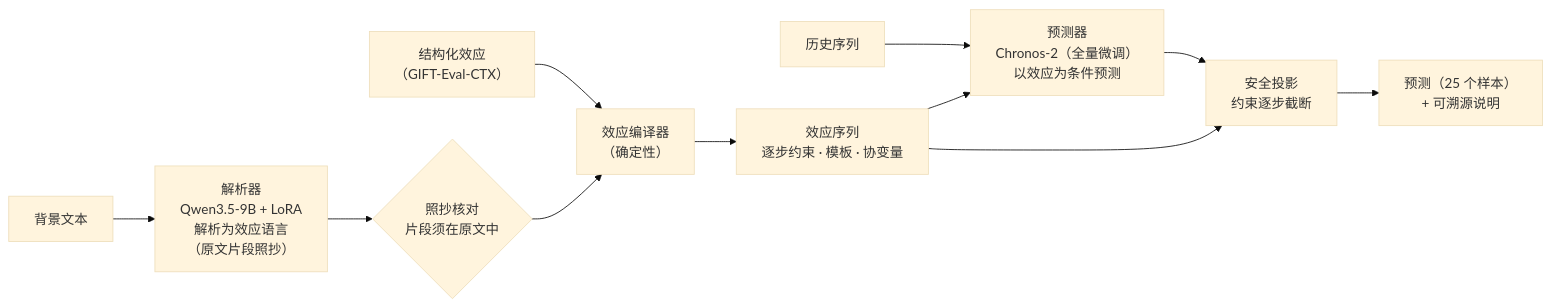
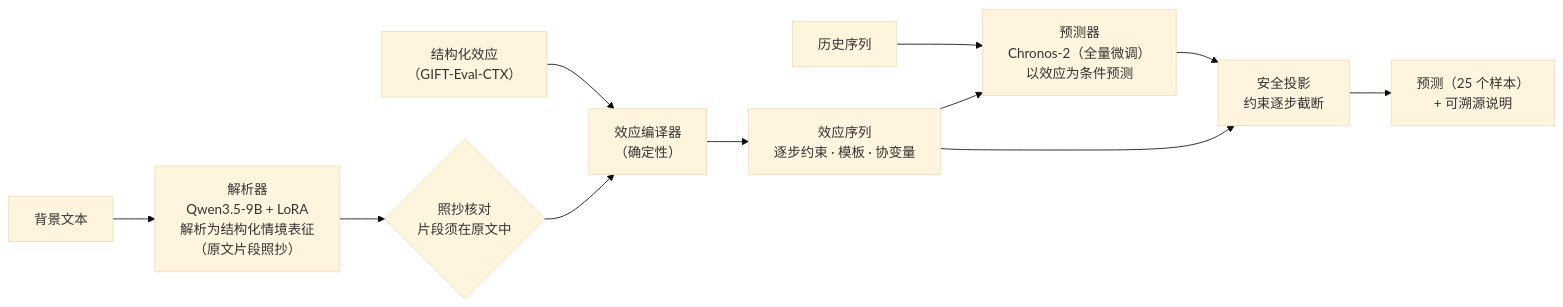
Before and after one commit to CaesarrWANG/tsfm_ctx: the diagram in README.md, drawn with Mermaid (base theme). The commit also changed other lines of this file and 1 other file, not shown here.

````diff
--- a/README.md
+++ b/README.md
@@ -73,13 +73,13 @@
 ```mermaid
 flowchart LR
-    T["背景文本"] --> P["解析器<br/>Qwen3.5-9B + LoRA<br/>解析为效应语言<br/>（原文片段照抄）"]
+    T["背景文本"] --> P["解析器<br/>Qwen3.5-9B + LoRA<br/>解析为结构化情境表征<br/>（原文片段照抄）"]
     S["结构化效应<br/>（GIFT-Eval-CTX）"] --> C
     P --> K{"照抄核对<br/>片段须在原文中"}
     K --> C["效应编译器<br/>（确定性）"]
     C --> X["效应序列<br/>逐步约束 · 模板 · 协变量"]
     H["历史序列"] --> M
     X --> M["预测器<br/>Chronos-2（全量微调）<br/>以效应为条件预测"]
     M --> J["安全投影<br/>约束逐步截断"]
     X --> J
     J --> Y["预测（25 个样本）<br/>+ 可溯源说明"]
 ```
````
